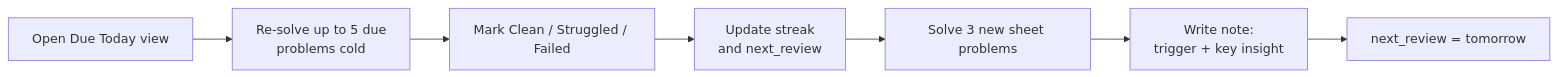
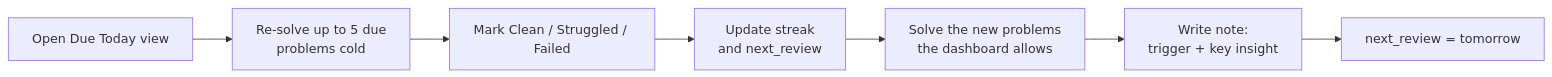
The diagram in docs/Data Structures and Algorithms/DSA Framework.md (tejkrish22/InterviewPrep), drawn with Mermaid before and after one commit. The commit also changed other lines of this file and 5 other files, not shown here.

````diff
--- a/docs/Data Structures and Algorithms/DSA Framework.md
+++ b/docs/Data Structures and Algorithms/DSA Framework.md
@@ -72,9 +72,9 @@
 ```mermaid
 flowchart LR
     A[Open Due Today view] --> B[Re-solve up to 5 due<br/>problems cold]
     B --> C[Mark Clean / Struggled / Failed]
     C --> D[Update streak<br/>and next_review]
-    D --> E[Solve 3 new sheet problems]
+    D --> E[Solve the new problems<br/>the dashboard allows]
     E --> F[Write note:<br/>trigger + key insight]
     F --> G[next_review = tomorrow]
 ```
````
